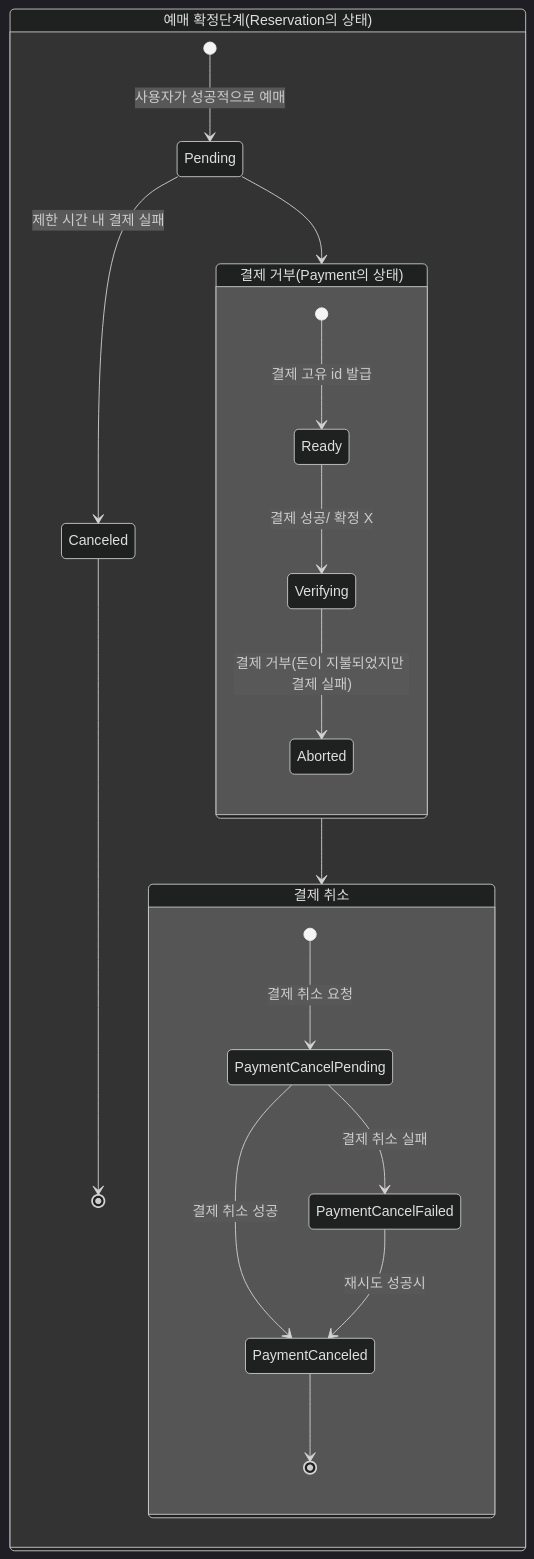
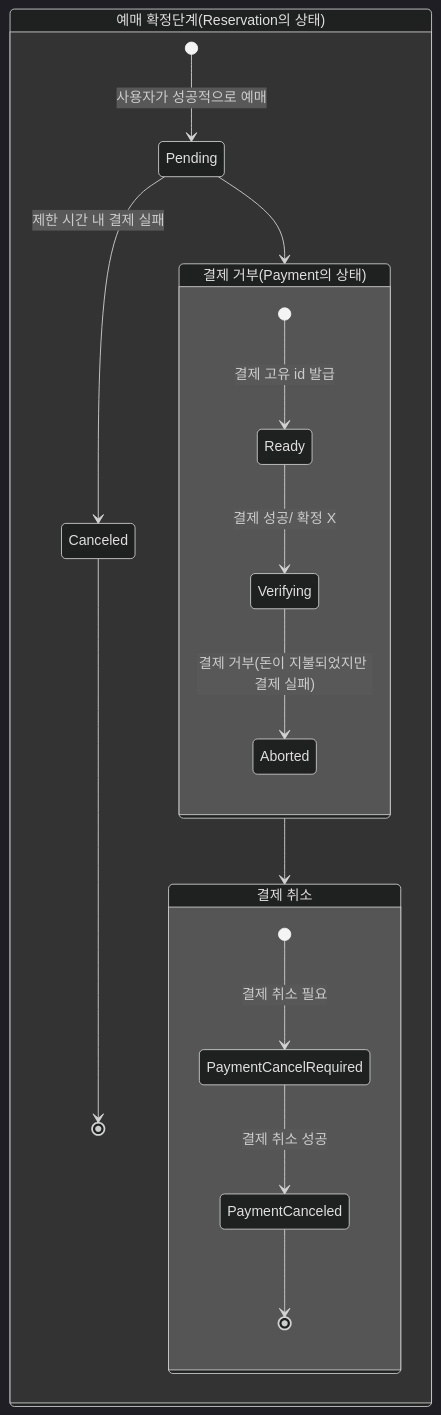
Before and after one commit to js990311/reservation-movie: the fifth of 9 diagrams in README.md, drawn with Mermaid (dark theme). The commit also changed other lines of this file and 16 other files, not shown here.

````diff
--- a/README.md
+++ b/README.md
@@ -67,22 +69,20 @@
 ```mermaid
 stateDiagram-v2
     state "예매 확정단계(Reservation의 상태)" as Reservation{
         [*] --> Pending : 사용자가 성공적으로 예매
         Pending --> Payment
         state "결제 거부(Payment의 상태)" as Payment{
             [*] --> Ready : 결제 고유 id 발급
             Ready --> Verifying : 결제 성공/ 확정 X
             Verifying --> Aborted : 결제 거부(돈이 지불되었지만 결제 실패)
         }
         Payment --> PaymentCancel
         state "결제 취소" as PaymentCancel {
-            [*] --> PaymentCancelPending : 결제 취소 요청
-            PaymentCancelPending --> PaymentCanceled : 결제 취소 성공
-            PaymentCancelPending --> PaymentCancelFailed : 결제 취소 실패
-            PaymentCancelFailed --> PaymentCanceled : 재시도 성공시
+            [*] --> PaymentCancelRequired : 결제 취소 필요
+            PaymentCancelRequired --> PaymentCanceled : 결제 취소 성공
             PaymentCanceled --> [*]
         }
         Pending --> Canceled : 제한 시간 내 결제 실패
         Canceled--> [*]
     }
 ```
````
